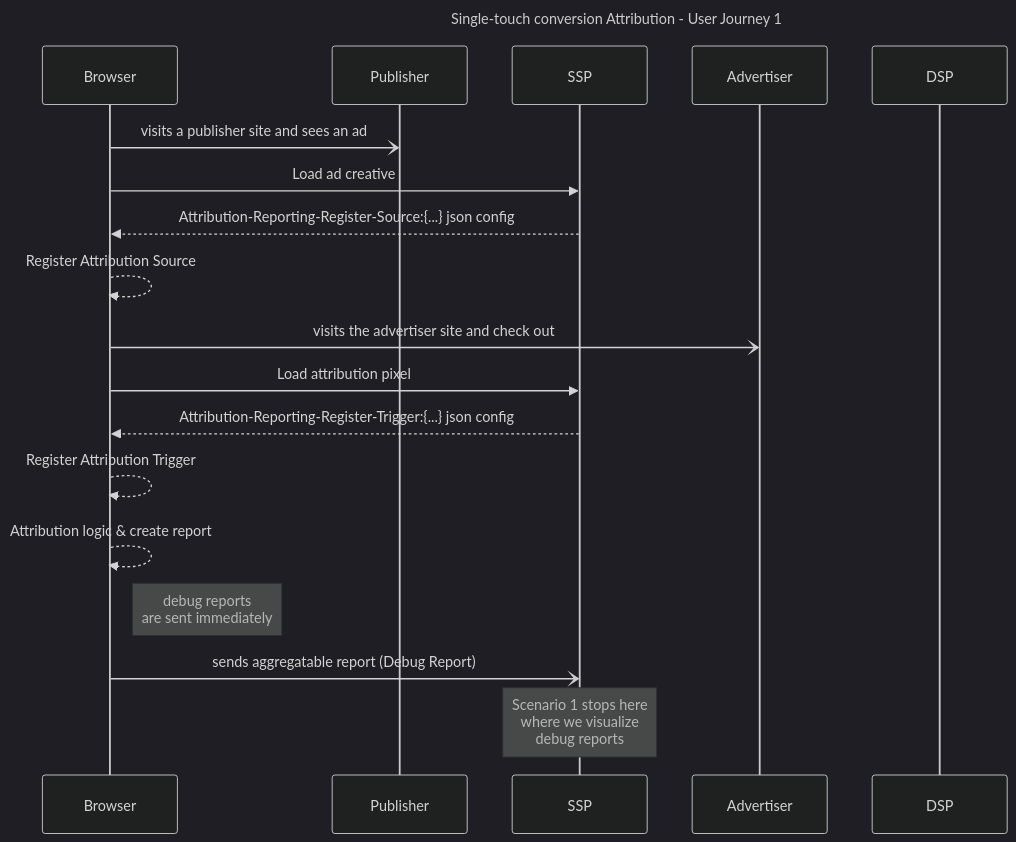
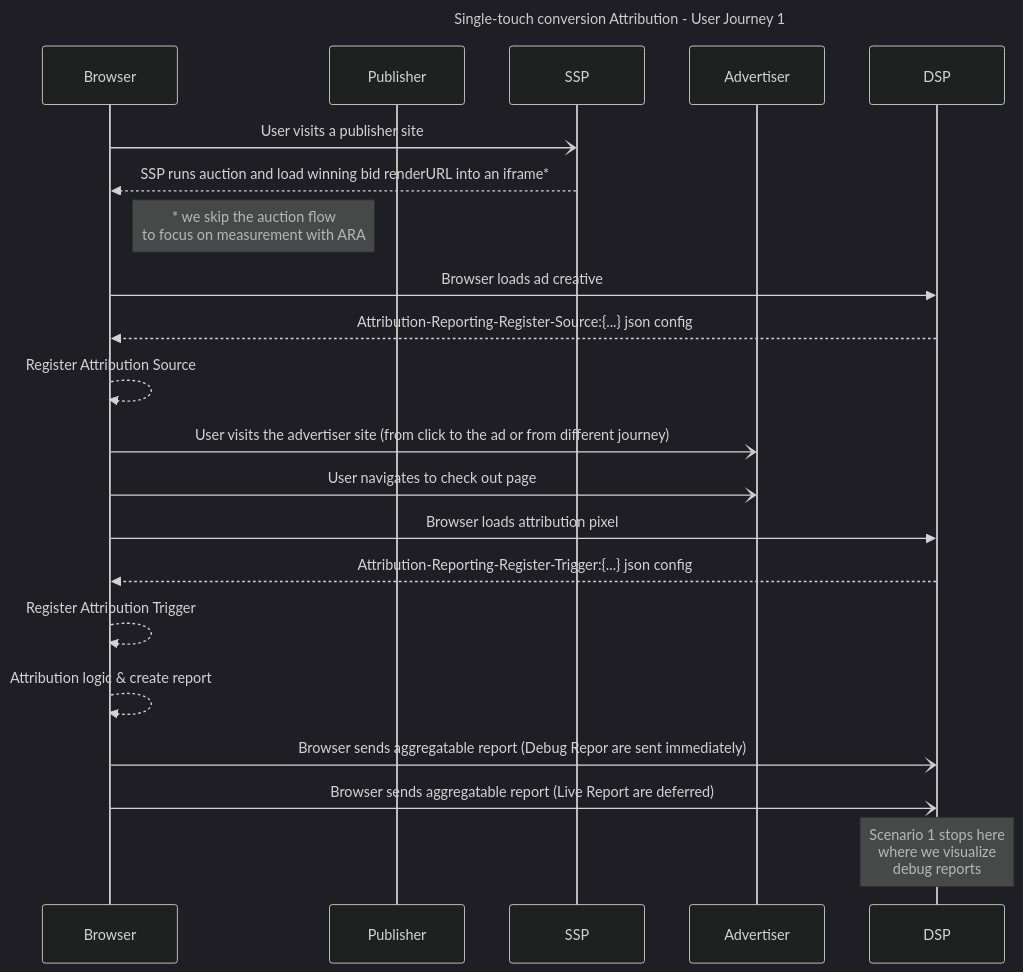
One commit to privacysandbox/privacy-sandbox-demos changed the diagram in services/home/docs/demos/single-touch-conversion-attribution.md. Above: the diagram before and after it, drawn with Mermaid (dark theme). The commit also changed other lines of this file and 1 other file, not shown here.

First line of the commit message:
[dsp] migrate attribution reporting code to DSP

````diff
--- a/services/home/docs/demos/single-touch-conversion-attribution.md
+++ b/services/home/docs/demos/single-touch-conversion-attribution.md
@@ -73,30 +73,39 @@
 ```mermaid
+
 sequenceDiagram
 Title: Single-touch conversion Attribution - User Journey 1
 
 participant Browser
 participant Publisher
 participant SSP
 participant Advertiser
 participant DSP
 
-Browser-)Publisher:visits a publisher site and sees an ad
-Browser->>SSP:Load ad creative
-SSP-->>Browser:Attribution-Reporting-Register-Source:{...} json config
+Browser-)SSP:User visits a publisher site
+SSP-->>Browser: SSP runs auction and load winning bid renderURL into an iframe*
+
+Note right of Browser:* we skip the auction flow<br/> to focus on measurement with ARA
+
+Browser->>DSP:Browser loads ad creative
+DSP-->>Browser:Attribution-Reporting-Register-Source:{...} json config
 
 Browser-->>Browser:Register Attribution Source
 
 
-Browser-)Advertiser:visits the advertiser site and check out
-Browser->>SSP: Load attribution pixel
-SSP-->>Browser:Attribution-Reporting-Register-Trigger:{...} json config
+Browser-)Advertiser:User visits the advertiser site (from click to the ad or from different journey)
+
+Browser-)Advertiser:User navigates to check out page
+Browser->>DSP: Browser loads attribution pixel
+DSP-->>Browser:Attribution-Reporting-Register-Trigger:{...} json config
 
 Browser-->>Browser:Register Attribution Trigger
 
 Browser-->>Browser:Attribution logic & create report
 
-Note right of Browser: debug reports <br/>are sent immediately
-Browser-)SSP:sends aggregatable report (Debug Report)
 
-Note over SSP:Scenario 1 stops here<br/>where we visualize<br/>debug reports
+Browser-)DSP:Browser sends aggregatable report (Debug Repor are sent immediately)
+Browser-)DSP:Browser sends aggregatable report (Live Report are deferred)
+
+Note over DSP:Scenario 1 stops here<br/>where we visualize<br/>debug reports
+
 ```
````
